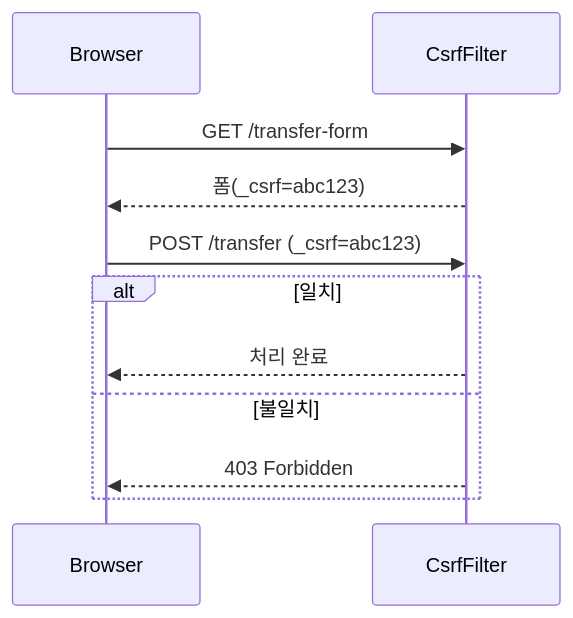
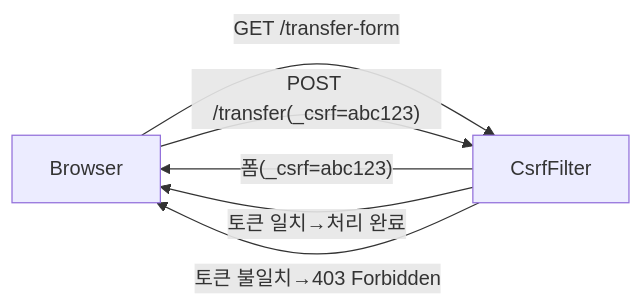
The second of 3 diagrams in _posts/security/2021-05-19-사이트 간 요청 위조-CSRF, CsrfFilter.md (yjkim2015/yjkim2015.github.io), drawn with Mermaid before and after one commit. The commit also changed other lines of this file and 32 other files, not shown here.

First line of the commit message:
sequenceDiagram 82개 → graph LR 변환 완료

````diff
--- a/_posts/security/2021-05-19-사이트 간 요청 위조-CSRF, CsrfFilter.md
+++ b/_posts/security/2021-05-19-사이트 간 요청 위조-CSRF, CsrfFilter.md
@@ -57,13 +52,8 @@
 ```mermaid
-sequenceDiagram
-    participant B as Browser
-    participant S as CsrfFilter
-    B->>S: GET /transfer-form
-    S-->>B: 폼(_csrf=abc123)
-    B->>S: POST /transfer (_csrf=abc123)
-    alt 일치
-        S-->>B: 처리 완료
-    else 불일치
-        S-->>B: 403 Forbidden
-    end
+graph LR
+    B["Browser"] -->|"GET /transfer-form"| S["CsrfFilter"]
+    S -->|"폼(_csrf=abc123)"| B
+    B -->|"POST /transfer(_csrf=abc123)"| S
+    S -->|"토큰 일치→처리 완료"| B
+    S -->|"토큰 불일치→403 Forbidden"| B
 ```
````
